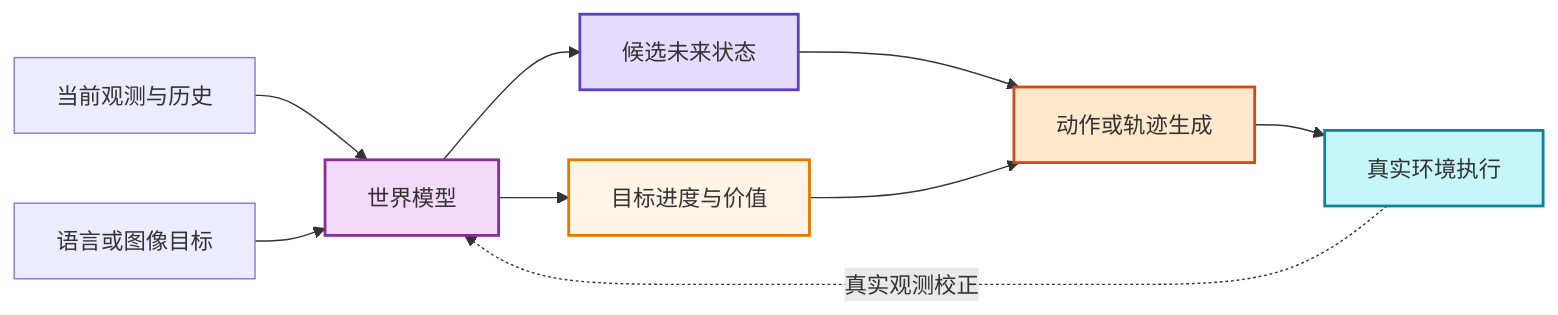
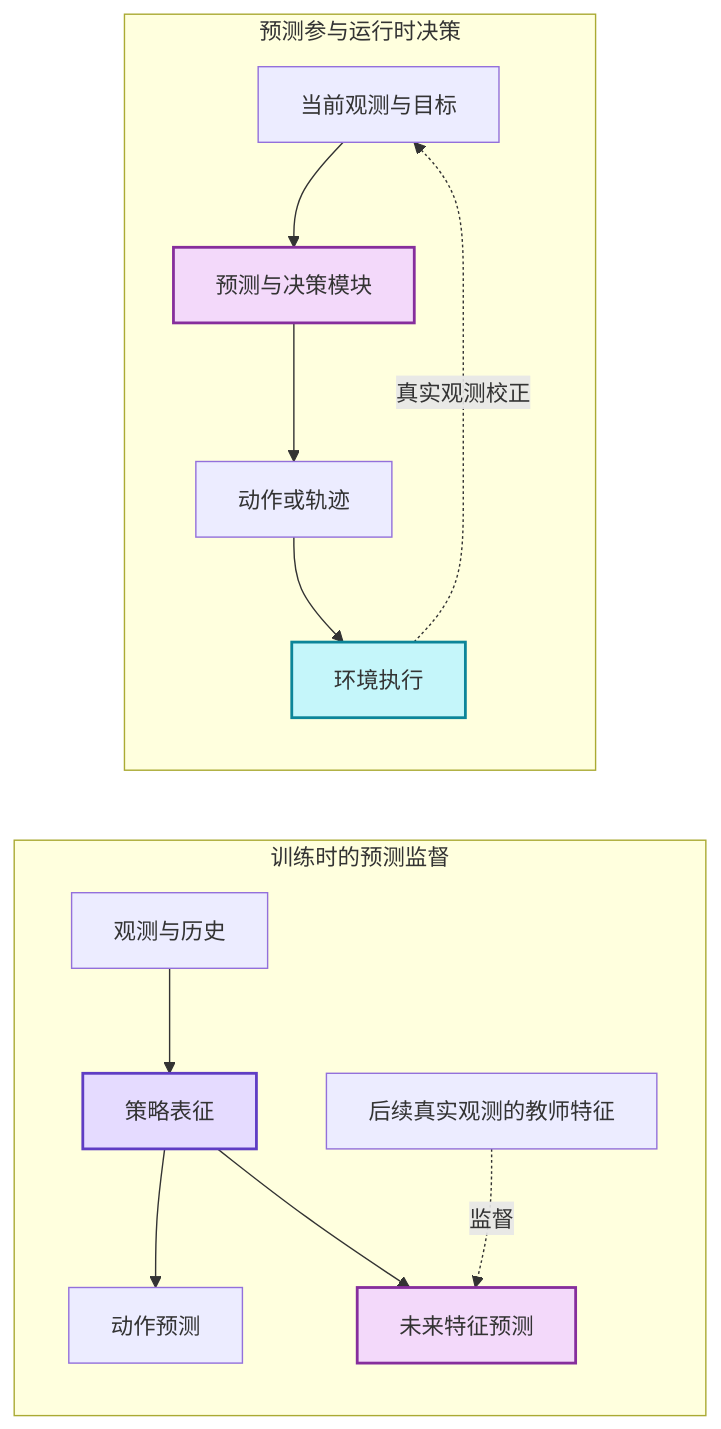
The seventh of 13 diagrams in _posts/research/2026-01-04-VLN-Survey.md (TingdeLiu/tingdeliu.github.io), drawn with Mermaid before and after one commit. The commit also changed other lines of this file, not shown here.

````diff
--- a/_posts/research/2026-01-04-VLN-Survey.md
+++ b/_posts/research/2026-01-04-VLN-Survey.md
@@ -427,17 +500,20 @@
 ```mermaid
 flowchart LR
-    O["当前观测与历史"] --> W["世界模型"]
-    G["语言或图像目标"] --> W
-    W --> F["候选未来状态"]
-    W --> V["目标进度与价值"]
-    F --> P["动作或轨迹生成"]
-    V --> P
-    P --> R["真实环境执行"]
-    R -.->|真实观测校正| W
+    subgraph train["训练时的预测监督"]
+        H["观测与历史"] --> Z["策略表征"]
+        Z --> A["动作预测"]
+        Z --> F["未来特征预测"]
+        T["后续真实观测的教师特征"] -.->|监督| F
+    end
+    subgraph run["预测参与运行时决策"]
+        O["当前观测与目标"] --> W["预测与决策模块"]
+        W --> P["动作或轨迹"]
+        P --> R["环境执行"]
+        R -.->|真实观测校正| O
+    end
 
+    style Z fill:#e5dbff,stroke:#5f3dc4,stroke-width:2px
+    style F fill:#f3d9fa,stroke:#862e9c,stroke-width:2px
     style W fill:#f3d9fa,stroke:#862e9c,stroke-width:2px
-    style F fill:#e5dbff,stroke:#5f3dc4,stroke-width:2px
-    style V fill:#fff4e6,stroke:#e67700,stroke-width:2px
-    style P fill:#ffe8cc,stroke:#d9480f,stroke-width:2px
     style R fill:#c5f6fa,stroke:#0c8599,stroke-width:2px
 ```
````
